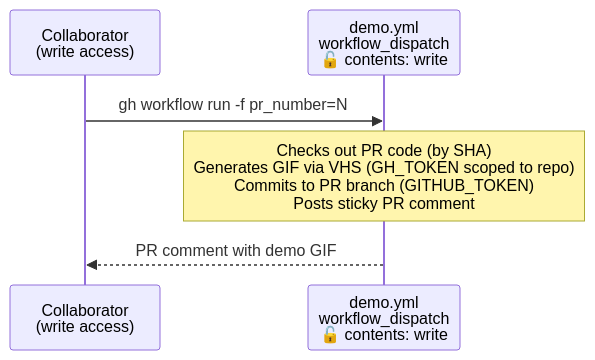
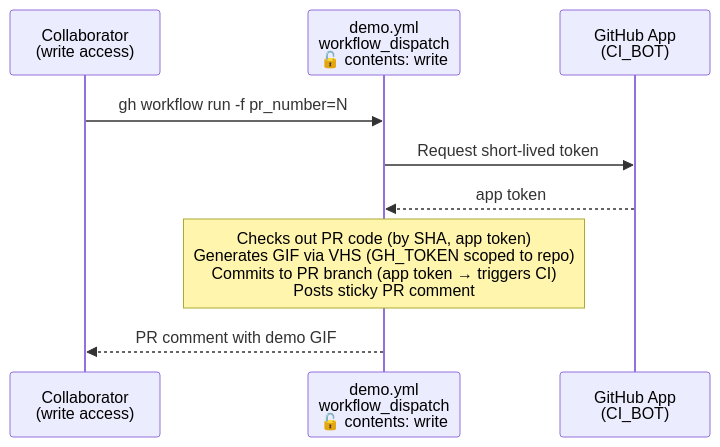
The diagram in docs/demo-workflow.md (sethrylan/hyper), drawn with Mermaid before and after one commit. The commit also changed other lines of this file and 1 other file, not shown here.

Commit message:
chore(ci): use GitHub App token in demo workflow to trigger downstream CI

````diff
--- a/docs/demo-workflow.md
+++ b/docs/demo-workflow.md
@@ -37,9 +37,12 @@
 ```mermaid
 sequenceDiagram
     participant U as Collaborator<br/>(write access)
     participant D as demo.yml<br/>workflow_dispatch<br/>🔓 contents: write
+    participant A as GitHub App<br/>(CI_BOT)
 
     U->>D: gh workflow run -f pr_number=N
-    Note over D: Checks out PR code (by SHA)<br/>Generates GIF via VHS (GH_TOKEN scoped to repo)<br/>Commits to PR branch (GITHUB_TOKEN)<br/>Posts sticky PR comment
+    D->>A: Request short-lived token
+    A-->>D: app token
+    Note over D: Checks out PR code (by SHA, app token)<br/>Generates GIF via VHS (GH_TOKEN scoped to repo)<br/>Commits to PR branch (app token → triggers CI)<br/>Posts sticky PR comment
     D-->>U: PR comment with demo GIF
 ```
````
